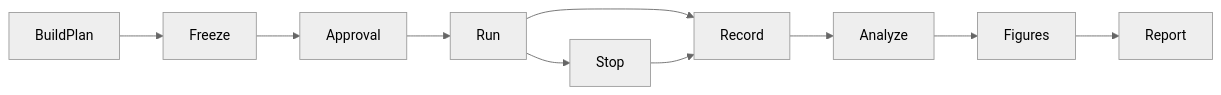
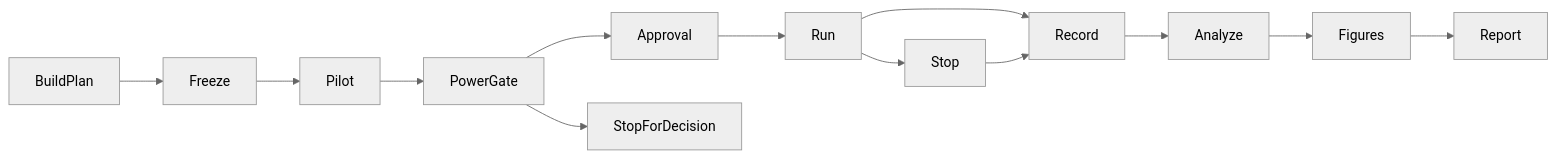
Before and after one commit to norandom/memguard_alpha: the third of 3 diagrams in .kiro/specs/memorization-adjusted-finance-sim/design.md, drawn with Mermaid (neutral theme). The commit also changed other lines of this file and 1 other file, not shown here.

Commit message:
docs(spec): design validation amendments (ensemble arms, calibration months, power gate)

````diff
--- a/.kiro/specs/memorization-adjusted-finance-sim/design.md
+++ b/.kiro/specs/memorization-adjusted-finance-sim/design.md
@@ -242,12 +242,15 @@
 ```mermaid
 graph LR
     BuildPlan --> Freeze
-    Freeze --> Approval
+    Freeze --> Pilot
+    Pilot --> PowerGate
+    PowerGate --> Approval
+    PowerGate --> StopForDecision
     Approval --> Run
     Run --> Record
     Record --> Analyze
     Analyze --> Figures
     Figures --> Report
     Run --> Stop
     Stop --> Record
 ```
````
